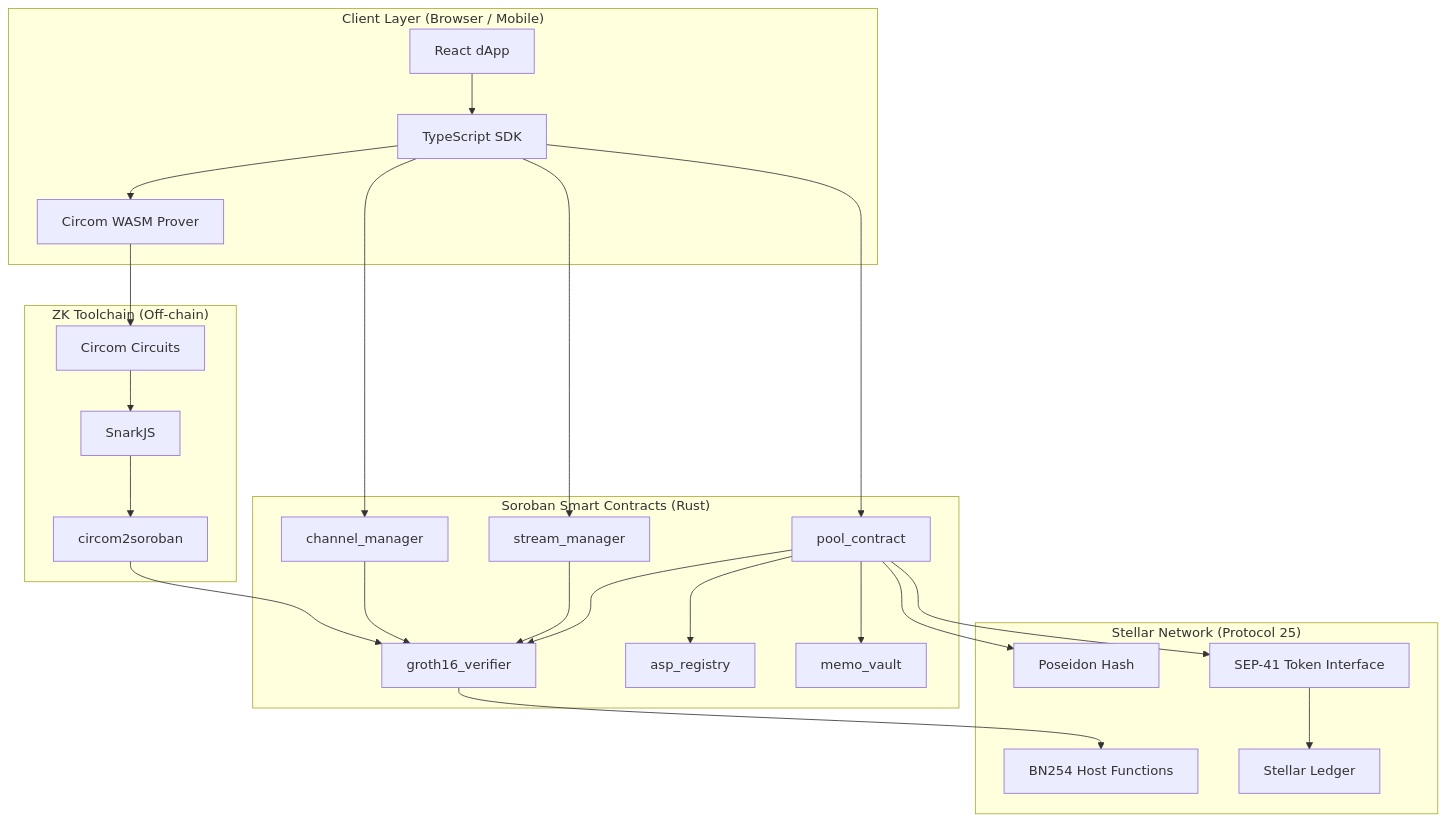
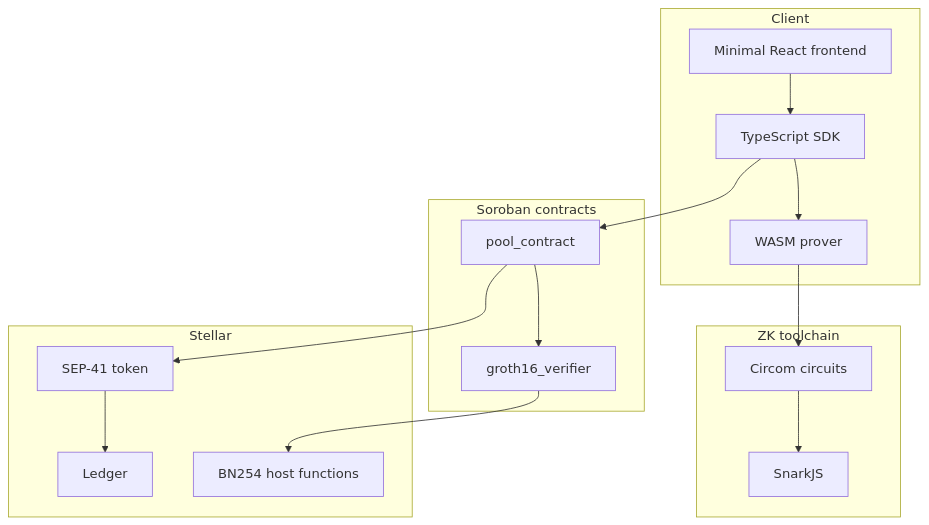
Before and after one commit to Venrable18/STELLAR-EPay: the diagram in README.md, drawn with Mermaid. The commit also changed other lines of this file and 31 other files, not shown here.

First line of the commit message:
Scaffold repo, realign README MVP and future roadmap

````diff
--- a/README.md
+++ b/README.md
@@ -83,52 +196,34 @@
 ```mermaid
 graph TB
-    subgraph Client["Client Layer (Browser / Mobile)"]
-        UI[React dApp]
+    subgraph Client["Client"]
+        UI[Minimal React frontend]
         SDK[TypeScript SDK]
-        WASM[Circom WASM Prover]
+        WASM[WASM prover]
     end
 
-    subgraph Contracts["Soroban Smart Contracts (Rust)"]
+    subgraph Contracts["Soroban contracts"]
         POOL[pool_contract]
         VERIFIER[groth16_verifier]
-        ASP[asp_registry]
-        STREAM[stream_manager]
-        MEMO[memo_vault]
-        CHANNEL[channel_manager]
     end
 
-    subgraph ZKToolchain["ZK Toolchain (Off-chain)"]
-        CIRCOM[Circom Circuits]
+    subgraph ZK["ZK toolchain"]
+        CIRCOM[Circom circuits]
         SNARK[SnarkJS]
-        C2S[circom2soroban]
     end
 
-    subgraph StellarNetwork["Stellar Network (Protocol 25)"]
-        BN254[BN254 Host Functions]
-        POSEIDON[Poseidon Hash]
-        SEP41[SEP-41 Token Interface]
-        LEDGER[Stellar Ledger]
+    subgraph Stellar["Stellar"]
+        TOKEN[SEP-41 token]
+        LEDGER[Ledger]
+        BN254[BN254 host functions]
     end
 
     UI --> SDK
     SDK --> WASM
     WASM --> CIRCOM
+    CIRCOM --> SNARK
     SDK --> POOL
-    SDK --> STREAM
-    SDK --> CHANNEL
-
     POOL --> VERIFIER
-    POOL --> ASP
-    POOL --> MEMO
-    STREAM --> VERIFIER
-    CHANNEL --> VERIFIER
-
     VERIFIER --> BN254
-    POOL --> POSEIDON
-    POOL --> SEP41
-    SEP41 --> LEDGER
-
-    CIRCOM --> SNARK
-    SNARK --> C2S
-    C2S --> VERIFIER
+    POOL --> TOKEN
+    TOKEN --> LEDGER
 ```
````
